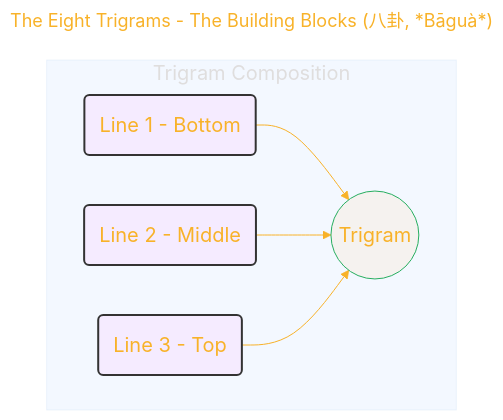
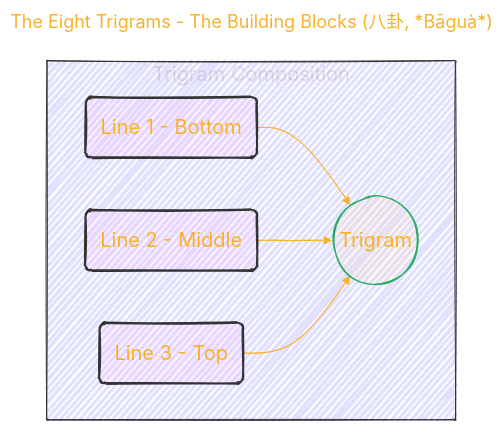
The first of 4 diagrams in I_CHING/Explain_I_Ching/Explain_I_Ching_Sytem_Part_1.md (CongLeSolutionX/Harmonic_Atomica), drawn with Mermaid before and after one commit.

Commit message:
update noted

````diff
--- a/I_CHING/Explain_I_Ching/Explain_I_Ching_Sytem_Part_1.md
+++ b/I_CHING/Explain_I_Ching/Explain_I_Ching_Sytem_Part_1.md
@@ -104,36 +104,38 @@
 ```mermaid
 ---
 title: "The Eight Trigrams - The Building Blocks (八卦, *Bāguà*)"
 author: "Cong Le"
 version: "1.0"
 license(s): "MIT, CC BY 4.0"
 copyright: "Copyright © 2025 Cong Le. All Rights Reserved."
 config:
   theme: base
+  look: handDrawn
 ---
 %%{
   init: {
     'flowchart': { 'htmlLabels': false },
     'fontFamily': 'American Typewriter',
     'themeVariables': {
       'primaryColor': '#fc82',
       'primaryTextColor': '#F8B229',
       'primaryBorderColor': '#27AE60',
       'secondaryColor': '#81c784',
       'secondaryTextColor': '#6C3483',
       'lineColor': '#F8B229',
       'fontSize': '20px'
     }
   }
 }%%
 flowchart TD
-    subgraph "Trigram Composition"
-        L1(Line 1 - Bottom) --> T((Trigram));
-        L2(Line 2 - Middle) --> T;
-        L3(Line 3 - Top) --> T;
+    subgraph Trigram_Composition["Trigram Composition"]
+    style Trigram_Composition fill:#22F2,stroke:#333,stroke-width:1px, color: #FFFF
+        L1("Line 1 - Bottom") --> T(("Trigram"))
+        L2("Line 2 - Middle") --> T
+        L3("Line 3 - Top") --> T
     end
     
-    style L1 fill:#f9f2, stroke:#333, stroke-width:2px;
-    style L2 fill:#f9f2, stroke:#333, stroke-width:2px;
-    style L3 fill:#f9f2, stroke:#333, stroke-width:2px;
+    style L1 fill:#f9f2, stroke:#333, stroke-width:2px
+    style L2 fill:#f9f2, stroke:#333, stroke-width:2px
+    style L3 fill:#f9f2, stroke:#333, stroke-width:2px
 ```
````
